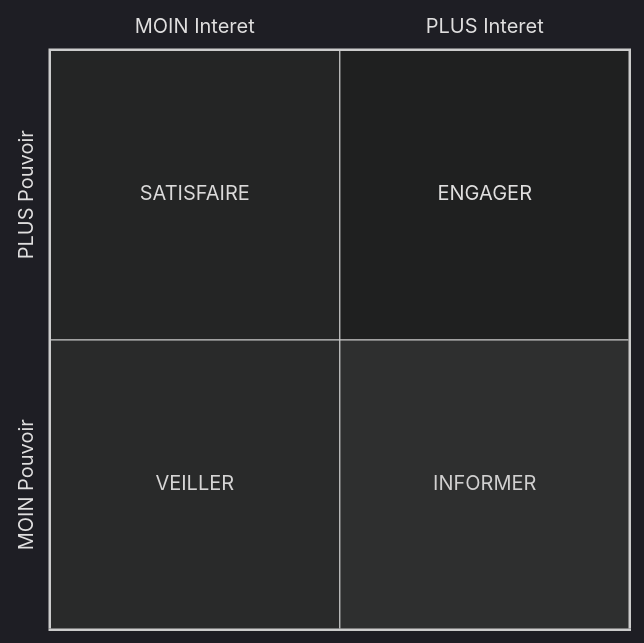
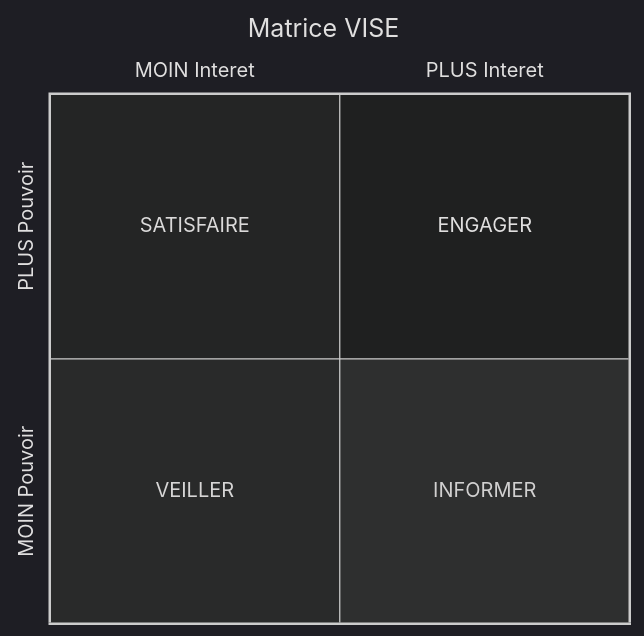
Before and after one commit to WyloW2RicardO/WyloW2RicardO: the diagram in Cours/0-introduction.md, drawn with Mermaid.

Commit message:
rajout du titre pour evité la coupure

````diff
--- a/Cours/0-introduction.md
+++ b/Cours/0-introduction.md
@@ -44,9 +44,11 @@
 ```mermaid
-quadrantChart %%{init:{'theme':'dark'}}%%
+quadrantChart
+    %%{init:{'theme':'dark'}}%%
+    title Matrice VISE
     x-axis MOIN Interet --> PLUS Interet
     y-axis MOIN Pouvoir --> PLUS Pouvoir
     quadrant-1 ENGAGER
     quadrant-2 SATISFAIRE
     quadrant-3 VEILLER
     quadrant-4 INFORMER
 ```
````
